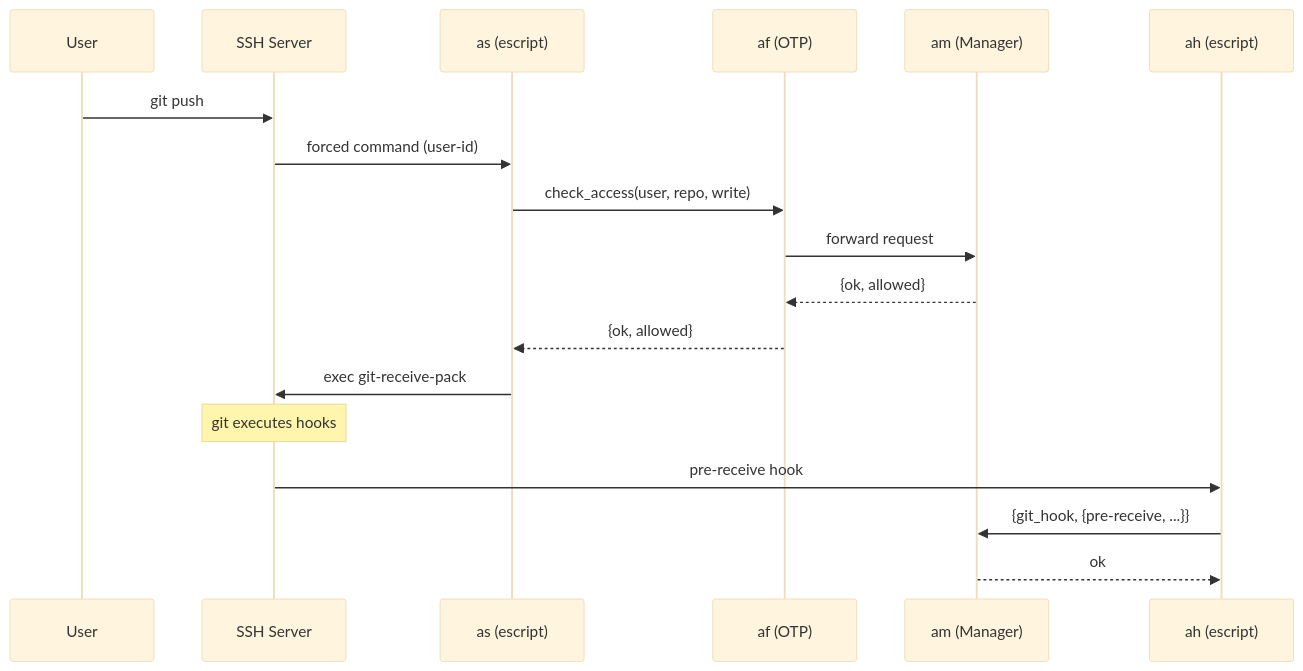
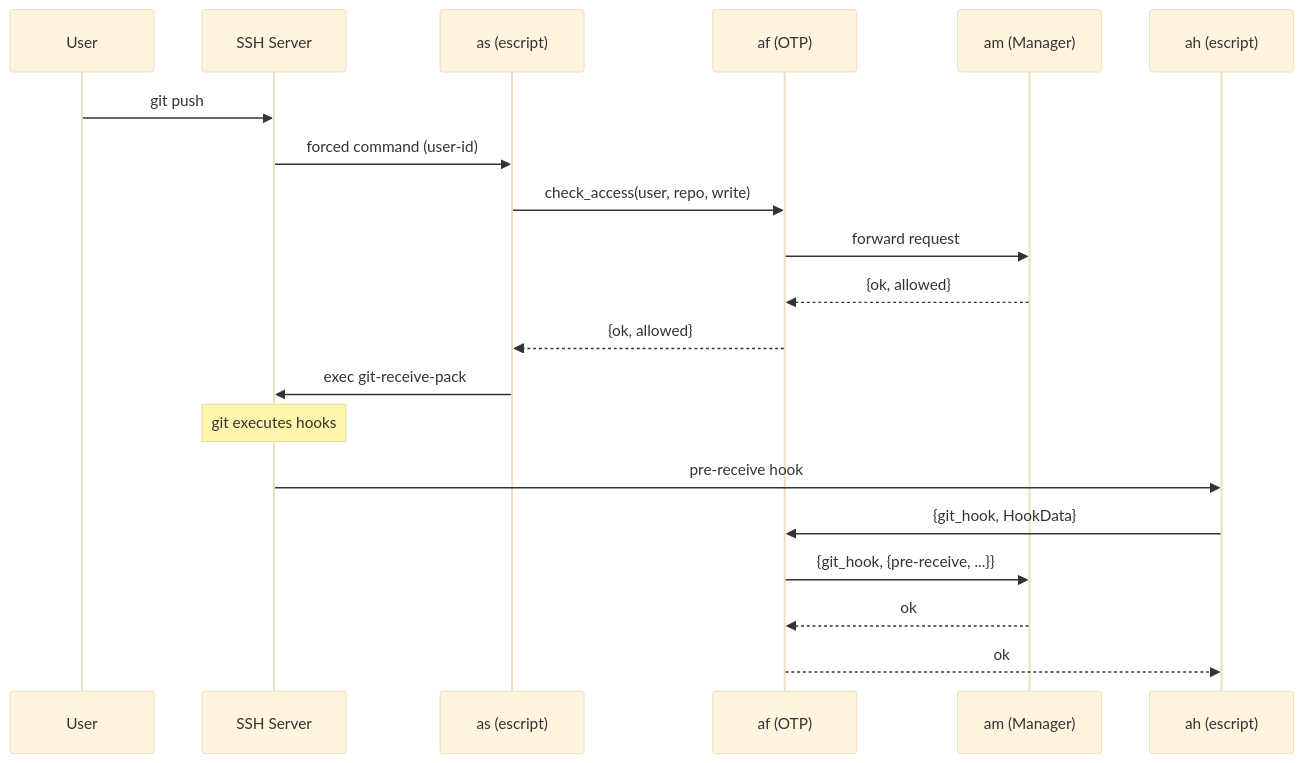
Before and after one commit to Applikant/Applikant.github.io: the second of 3 diagrams in docs/architecture/overview.md, drawn with Mermaid (base theme). The commit also changed other lines of this file and 6 other files, not shown here.

Commit message:
align architecture with code (ah via af), add evolving-design notice

````diff
--- a/docs/architecture/overview.md
+++ b/docs/architecture/overview.md
@@ -51,21 +51,23 @@
 ```mermaid
 sequenceDiagram
     participant U as User
     participant SSH as SSH Server
     participant as as as (escript)
     participant af as af (OTP)
     participant am as am (Manager)
     participant ah as ah (escript)
 
     U->>SSH: git push
     SSH->>as: forced command (user-id)
     as->>af: check_access(user, repo, write)
     af->>am: forward request
     am-->>af: {ok, allowed}
     af-->>as: {ok, allowed}
     as->>SSH: exec git-receive-pack
     Note over SSH: git executes hooks
     SSH->>ah: pre-receive hook
-    ah->>am: {git_hook, {pre-receive, ...}}
-    am-->>ah: ok
+    ah->>af: {git_hook, HookData}
+    af->>am: {git_hook, {pre-receive, ...}}
+    am-->>af: ok
+    af-->>ah: ok
 ```
````
